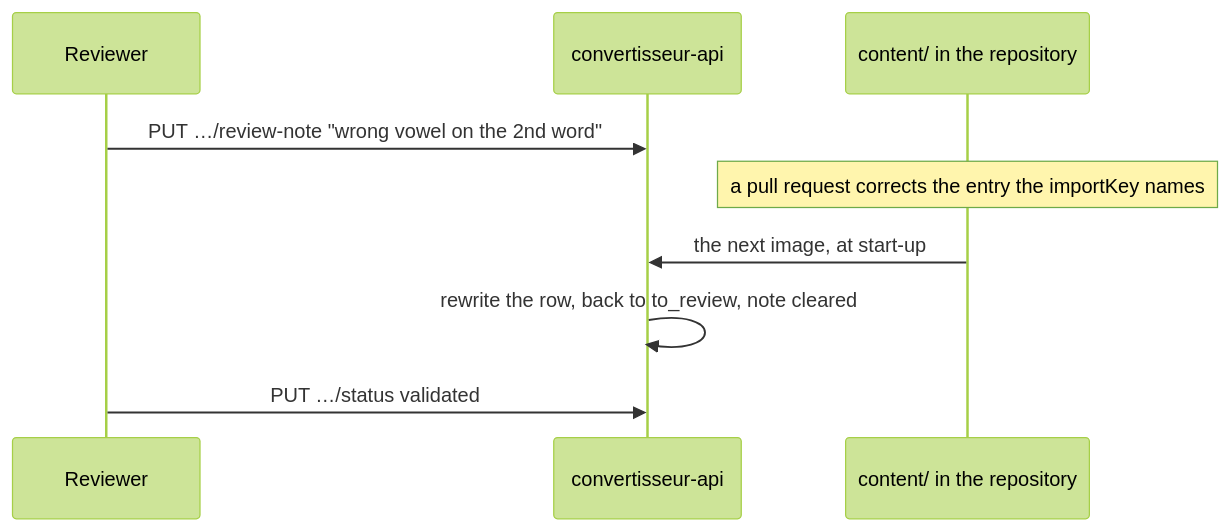
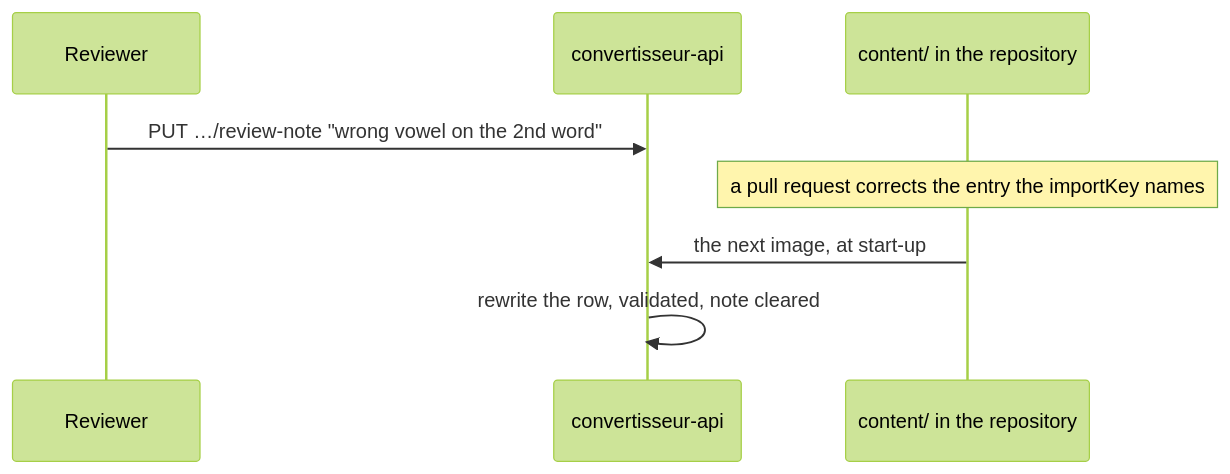
Before and after one commit to therealm-tech/convertisseur: the third of 7 diagrams in ARCHITECTURE.md, drawn with Mermaid (forest theme). The commit also changed other lines of this file and 10 other files, not shown here.

````diff
--- a/ARCHITECTURE.md
+++ b/ARCHITECTURE.md
@@ -455,11 +455,10 @@
 ```mermaid
 sequenceDiagram
     participant R as Reviewer
     participant S as convertisseur-api
     participant G as content/ in the repository
     R->>S: PUT …/review-note "wrong vowel on the 2nd word"
     Note over G: a pull request corrects the entry the importKey names
     G->>S: the next image, at start-up
-    S->>S: rewrite the row, back to to_review, note cleared
-    R->>S: PUT …/status validated
+    S->>S: rewrite the row, validated, note cleared
 ```
````
